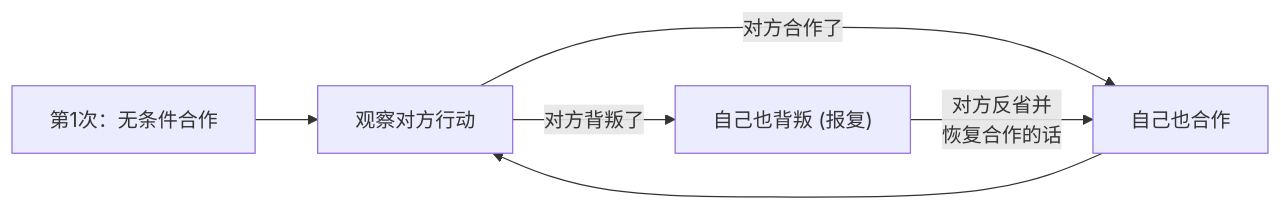
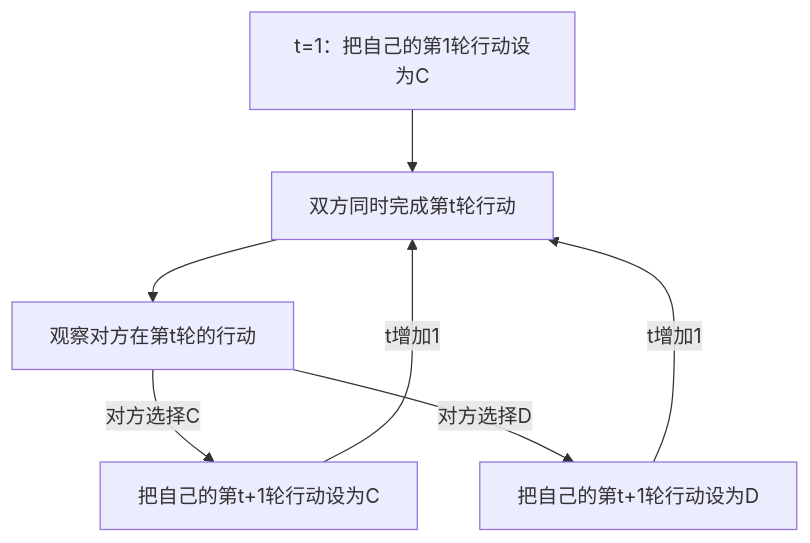
Before and after one commit to kenjinote/blog: the second of 2 diagrams in content/post/囚人のジレンマ/index.zh-cn.md, drawn with Mermaid. The commit also changed other lines of this file and 8 other files, not shown here.

````diff
--- a/content/post/囚人のジレンマ/index.zh-cn.md
+++ b/content/post/囚人のジレンマ/index.zh-cn.md
@@ -132,10 +133,9 @@
 ```mermaid
-graph LR
-    Start["第1次：无条件合作"] --> Round2
-    
-    Round2["观察对方行动"] -->|"对方合作了"| Act_Coop["自己也合作"]
-    Round2 -->|"对方背叛了"| Act_Betray["自己也背叛 (报复)"]
-    
-    Act_Coop --> Round2
-    Act_Betray -->|"对方反省并<br>恢复合作的话"| Act_Coop
+graph TD
+    Start["t=1：把自己的第1轮行动设为C"] --> Play["双方同时完成第t轮行动"]
+    Play --> Observe["观察对方在第t轮的行动"]
+    Observe -->|"对方选择C"| NextC["把自己的第t+1轮行动设为C"]
+    Observe -->|"对方选择D"| NextD["把自己的第t+1轮行动设为D"]
+    NextC -->|"t增加1"| Play
+    NextD -->|"t增加1"| Play
 ```
````
